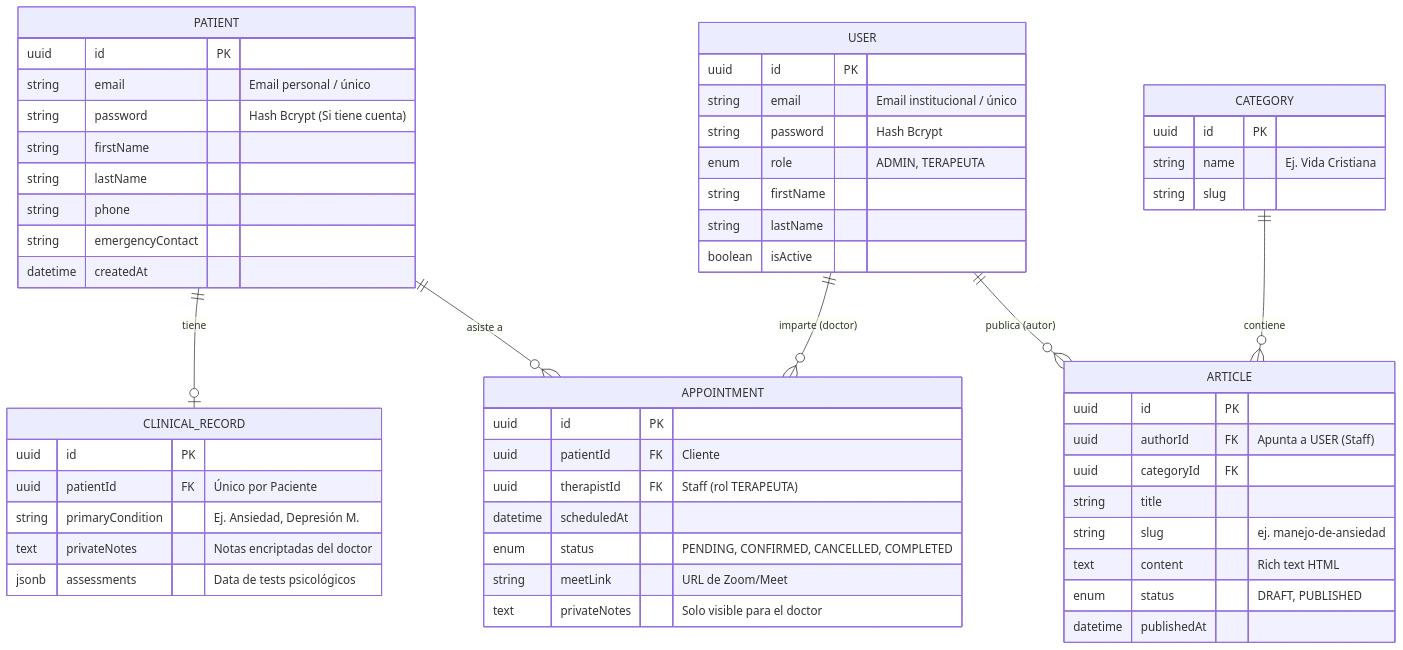
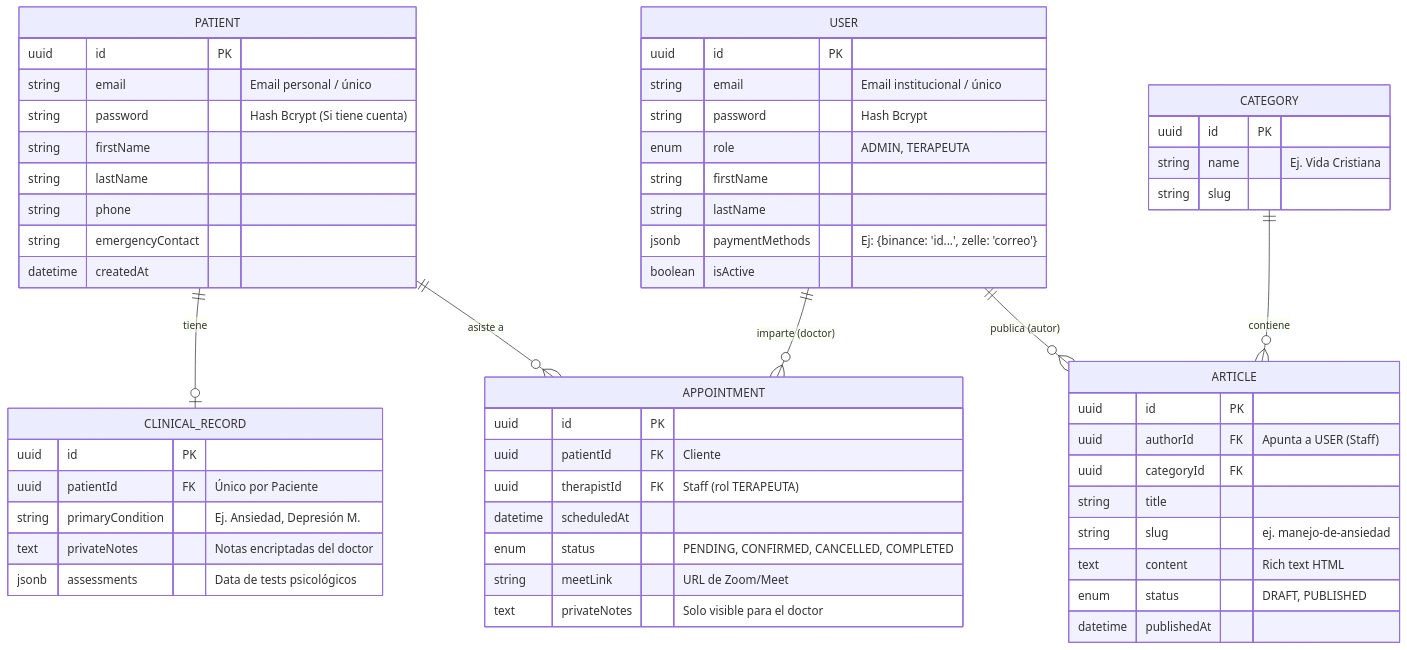
The diagram in backend/documentacion/modelo_er.md (Frandaniel64/psicoeducandonos_siystem), drawn with Mermaid before and after one commit. The commit also changed 3 other files, not shown here.

Commit message:
feat: define database schema, update payment workflow to P2P manual model, and document patient UX requirements

````diff
--- a/backend/documentacion/modelo_er.md
+++ b/backend/documentacion/modelo_er.md
@@ -5,81 +5,82 @@
 ```mermaid
 erDiagram
     %% ==========================================
     %% 1. ENTIDADES DE AUTENTICACIÓN E IDENTIDAD
     %% ==========================================
     
     %% Staff Interno (Admins y Psicólogos)
     USER {
         uuid id PK
         string email "Email institucional / único"
         string password "Hash Bcrypt"
         enum role "ADMIN, TERAPEUTA"
         string firstName
         string lastName
+        jsonb paymentMethods "Ej: {binance: 'id...', zelle: 'correo'}"
         boolean isActive
     }
 
     %% Clientes / Pacientes Públicos
     PATIENT {
         uuid id PK
         string email "Email personal / único"
         string password "Hash Bcrypt (Si tiene cuenta)"
         string firstName
         string lastName
         string phone
         string emergencyContact
         datetime createdAt
     }
     
     %% ==========================================
     %% 2. NÚCLEO CLÍNICO Y OPERATIVO
     %% ==========================================
 
     %% Historia Clínica (Aislada del perfil público)
     CLINICAL_RECORD {
         uuid id PK
         uuid patientId FK "Único por Paciente"
         string primaryCondition "Ej. Ansiedad, Depresión M."
         text privateNotes "Notas encriptadas del doctor"
         jsonb assessments "Data de tests psicológicos"
     }
 
     %% Citas (Unen el mundo Staff con el mundo Patient)
     APPOINTMENT {
         uuid id PK
         uuid patientId FK "Cliente"
         uuid therapistId FK "Staff (rol TERAPEUTA)"
         datetime scheduledAt
         enum status "PENDING, CONFIRMED, CANCELLED, COMPLETED"
         string meetLink "URL de Zoom/Meet"
         text privateNotes "Solo visible para el doctor"
     }
 
     %% ==========================================
     %% 3. MÓDULO CMS (Contenido Psicoeducativo)
     %% ==========================================
 
     ARTICLE {
         uuid id PK
         uuid authorId FK "Apunta a USER (Staff)"
         uuid categoryId FK 
         string title
         string slug "ej. manejo-de-ansiedad"
         text content "Rich text HTML"
         enum status "DRAFT, PUBLISHED"
         datetime publishedAt
     }
 
     CATEGORY {
         uuid id PK
         string name "Ej. Vida Cristiana"
         string slug 
     }
 
     %% Relaciones
     PATIENT ||--o| CLINICAL_RECORD : "tiene"
     PATIENT ||--o{ APPOINTMENT : "asiste a"
     USER ||--o{ APPOINTMENT : "imparte (doctor)"
     USER ||--o{ ARTICLE : "publica (autor)"
     CATEGORY ||--o{ ARTICLE : "contiene"
 ```
````
